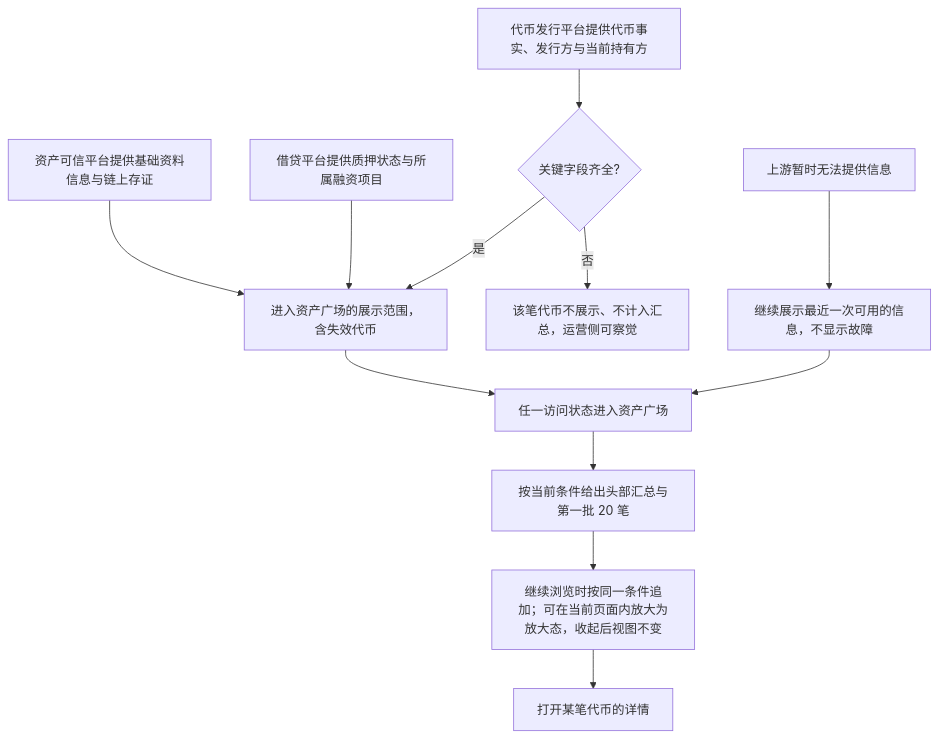
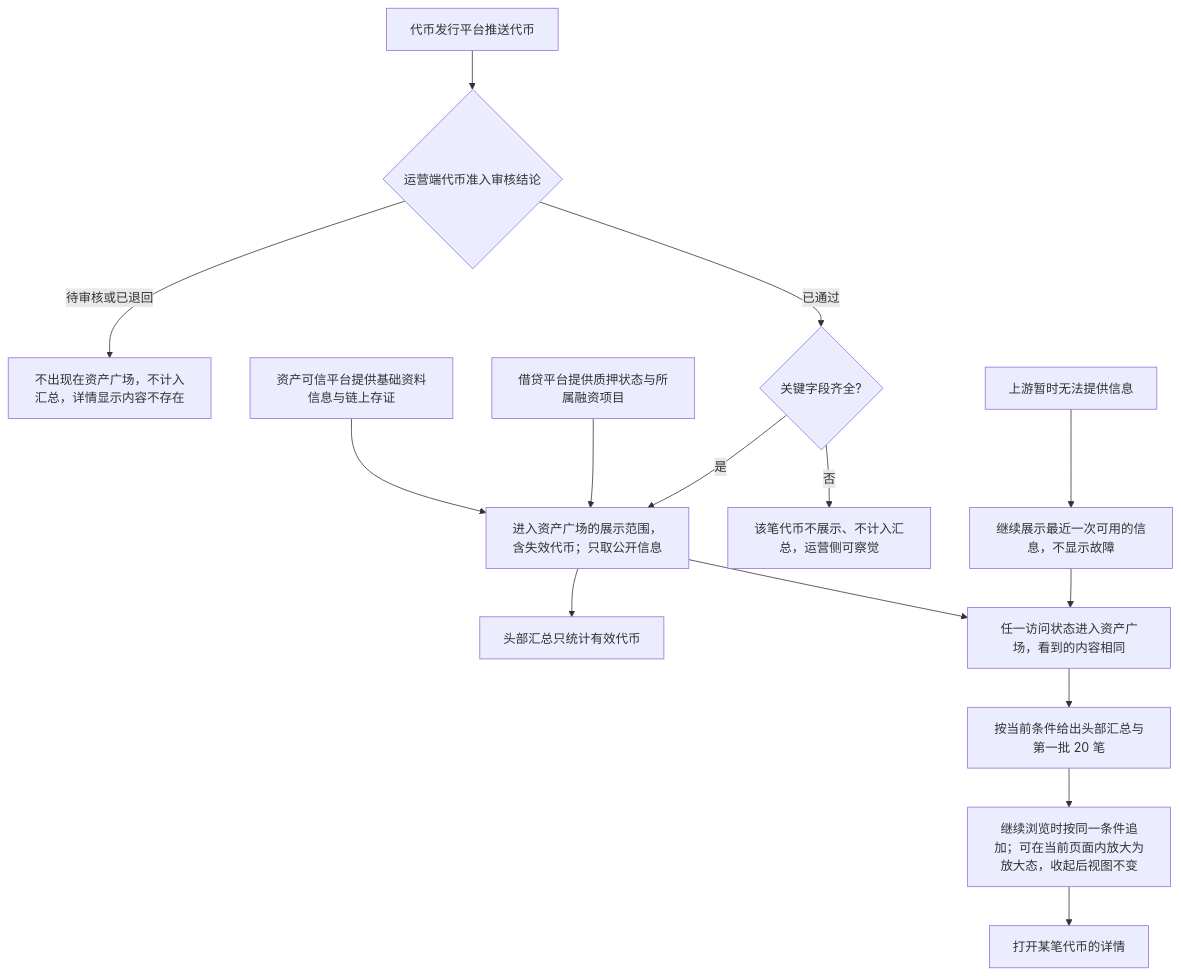
The first of 6 diagrams in lending-platform/PRD/面客端/04-资产广场-已上架代币只读域/02-资产广场-流程图与状态机.md (wxblockchain/Chain-Financing), drawn with Mermaid before and after one commit. The commit also changed other lines of this file and 21 other files, not shown here.

````diff
--- a/lending-platform/PRD/面客端/04-资产广场-已上架代币只读域/02-资产广场-流程图与状态机.md
+++ b/lending-platform/PRD/面客端/04-资产广场-已上架代币只读域/02-资产广场-流程图与状态机.md
@@ -19,14 +19,17 @@
 ```mermaid
 flowchart TD
-  T[代币发行平台提供代币事实、发行方与当前持有方] --> B{关键字段齐全?}
+  T[代币发行平台推送代币] --> A{运营端代币准入审核结论}
+  A -->|待审核或已退回| N[不出现在资产广场，不计入汇总，详情显示内容不存在]
+  A -->|已通过| B{关键字段齐全?}
   S[资产可信平台提供基础资料信息与链上存证] --> D
   P[借贷平台提供质押状态与所属融资项目] --> D
   B -->|否| C[该笔代币不展示、不计入汇总，运营侧可察觉]
-  B -->|是| D[进入资产广场的展示范围，含失效代币]
-  D --> E[任一访问状态进入资产广场]
+  B -->|是| D[进入资产广场的展示范围，含失效代币；只取公开信息]
+  D --> Q[头部汇总只统计有效代币]
+  D --> E[任一访问状态进入资产广场，看到的内容相同]
   E --> F[按当前条件给出头部汇总与第一批 20 笔]
   F --> G[继续浏览时按同一条件追加；可在当前页面内放大为放大态，收起后视图不变]
   G --> H[打开某笔代币的详情]
   U[上游暂时无法提供信息] --> V[继续展示最近一次可用的信息，不显示故障]
   V --> E
 ```
````
